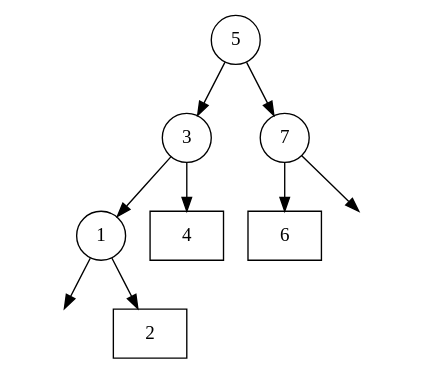
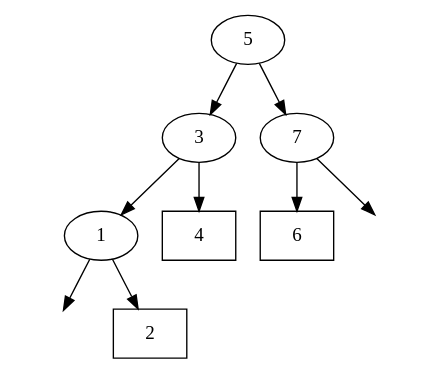
Before and after one commit to thomas-villagers/binarytree.cs: the first of 3 diagrams in README.org, drawn with Graphviz. The commit also changed other lines of this file and 7 other files, not shown here.

```diff
--- a/README.org
+++ b/README.org
@@ -164,19 +162,17 @@
 #+BEGIN_SRC dot :file images/tree1.png
 digraph G {
-  node[shape=rectangle];
-  "5" [shape=circle];
   "5" -> "3"
-  "3" [shape=circle];
   "3" -> "1"
-  "1" [shape=circle];
   empty0 [label="", style=invis];
   "1" -> empty0
   "1" -> "2"
+  "2" [shape=rectangle];
   "3" -> "4"
+  "4" [shape=rectangle];
   "5" -> "7"
-  "7" [shape=circle];
   "7" -> "6"
+  "6" [shape=rectangle];
   empty1 [label="", style=invis];
   "7" -> empty1
 }
 #+END_SRC
```
